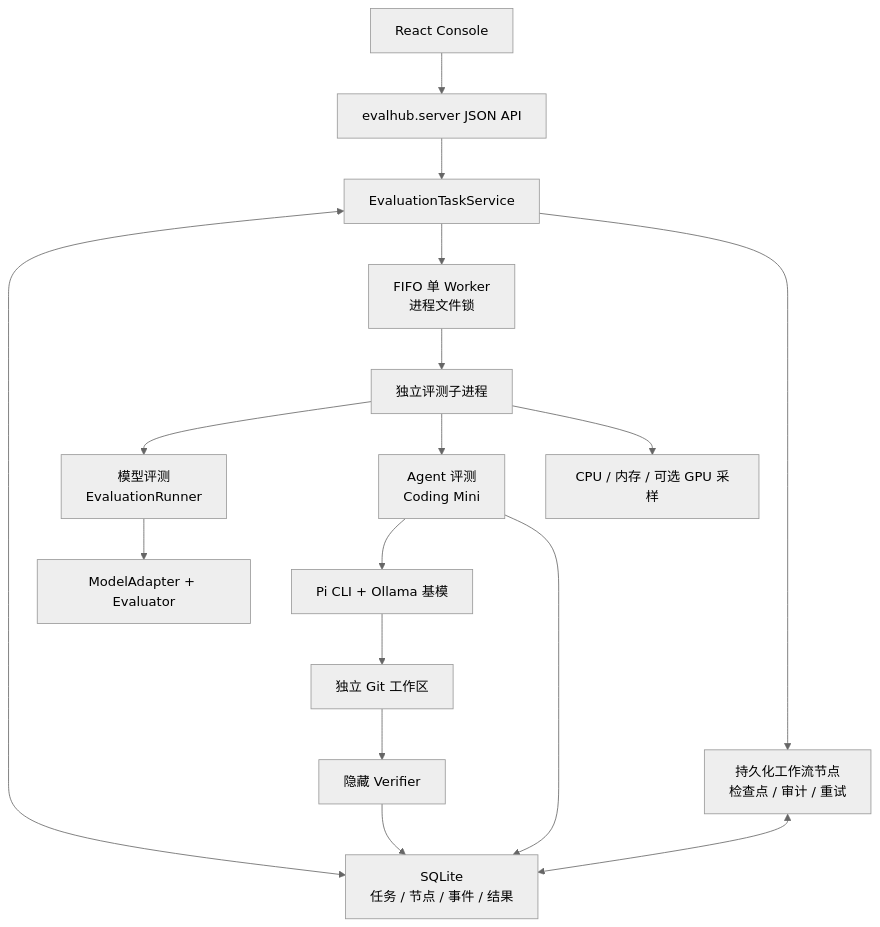
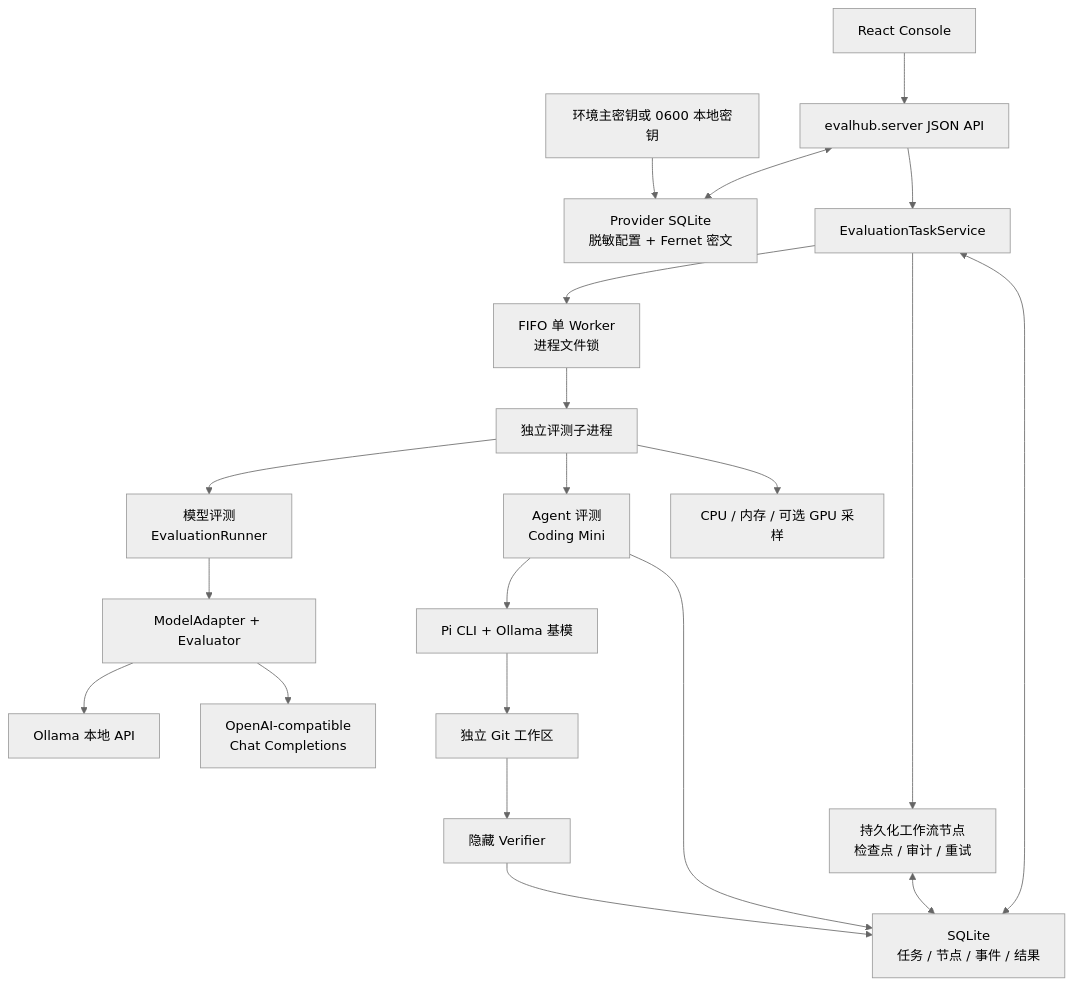
The first of 2 diagrams in docs/architecture/20260804_系统架构.md (NEDONION/evalhub), drawn with Mermaid (neutral theme) before and after one commit. The commit also changed other lines of this file and 30 other files, not shown here.

Commit message:
feat: add encrypted API model providers

````diff
--- a/docs/architecture/20260804_系统架构.md
+++ b/docs/architecture/20260804_系统架构.md
@@ -25,19 +25,23 @@
 ```mermaid
 flowchart TD
     UI["React Console"] --> API["evalhub.server JSON API"]
+    API <--> PROVIDERS["Provider SQLite<br/>脱敏配置 + Fernet 密文"]
+    KEY["环境主密钥或 0600 本地密钥"] --> PROVIDERS
     API --> SERVICE["EvaluationTaskService"]
     SERVICE <--> DB["SQLite<br/>任务 / 节点 / 事件 / 结果"]
     SERVICE --> FIFO["FIFO 单 Worker<br/>进程文件锁"]
     SERVICE --> DAG["持久化工作流节点<br/>检查点 / 审计 / 重试"]
     DAG <--> DB
     FIFO --> PROCESS["独立评测子进程"]
     PROCESS --> MODEL["模型评测<br/>EvaluationRunner"]
     PROCESS --> AGENT["Agent 评测<br/>Coding Mini"]
     MODEL --> ADAPTER["ModelAdapter + Evaluator"]
+    ADAPTER --> OLLAMA["Ollama 本地 API"]
+    ADAPTER --> REMOTE["OpenAI-compatible<br/>Chat Completions"]
     AGENT --> PI["Pi CLI + Ollama 基模"]
     PI --> WORKSPACE["独立 Git 工作区"]
     WORKSPACE --> VERIFY["隐藏 Verifier"]
     PROCESS --> RESOURCE["CPU / 内存 / 可选 GPU 采样"]
     AGENT --> DB
     VERIFY --> DB
 ```
````
